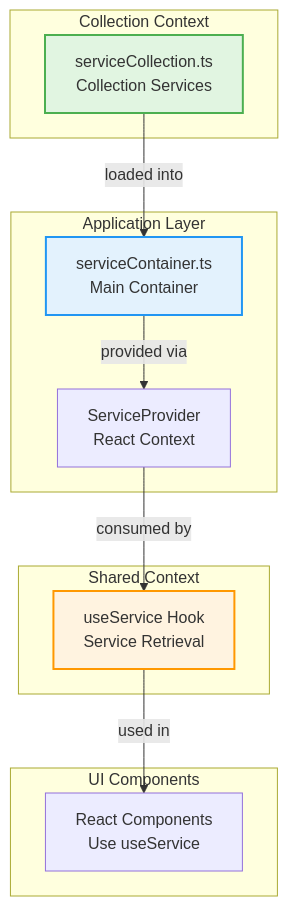
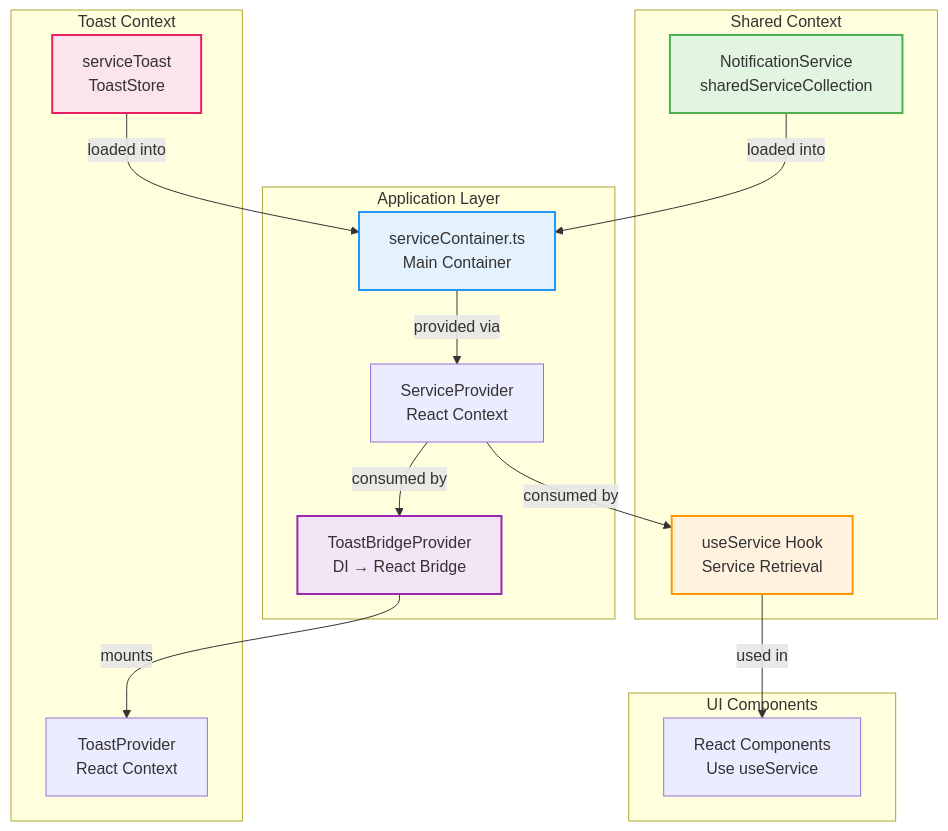
Before and after one commit to pplancq/lab-clean-architecture-react: the diagram in docs/architecture/dependency-injection.md, drawn with Mermaid. The commit also changed other lines of this file and 13 other files, not shown here.

First line of the commit message:
feat(toast): shared Integration — Ports & Adapters + DI Bridge (#176)

````diff
--- a/docs/architecture/dependency-injection.md
+++ b/docs/architecture/dependency-injection.md
@@ -16,28 +16,36 @@
 ```mermaid
 graph TB
     subgraph APP[Application Layer]
         SC[serviceContainer.ts<br/>Main Container]
         SP[ServiceProvider<br/>React Context]
+        TBP[ToastBridgeProvider<br/>DI → React Bridge]
     end
 
-    subgraph COLLECTION[Collection Context]
-        CC[serviceCollection.ts<br/>Collection Services]
+    subgraph TOAST[Toast Context]
+        TS[serviceToast<br/>ToastStore]
+        TP[ToastProvider<br/>React Context]
     end
 
     subgraph SHARED[Shared Context]
         SH[useService Hook<br/>Service Retrieval]
+        NS[NotificationService<br/>sharedServiceCollection]
     end
 
     subgraph UI[UI Components]
         COMP[React Components<br/>Use useService]
     end
 
-    CC -->|loaded into| SC
+    TS -->|loaded into| SC
+    NS -->|loaded into| SC
     SC -->|provided via| SP
     SP -->|consumed by| SH
+    SP -->|consumed by| TBP
+    TBP -->|mounts| TP
     SH -->|used in| COMP
 
     style SC fill:#e3f2fd,stroke:#2196f3,stroke-width:2px
-    style CC fill:#e1f5e1,stroke:#4caf50,stroke-width:2px
+    style TS fill:#fce4ec,stroke:#e91e63,stroke-width:2px
+    style NS fill:#e1f5e1,stroke:#4caf50,stroke-width:2px
     style SH fill:#fff3e0,stroke:#ff9800,stroke-width:2px
+    style TBP fill:#f3e5f5,stroke:#9c27b0,stroke-width:2px
 ```
````
